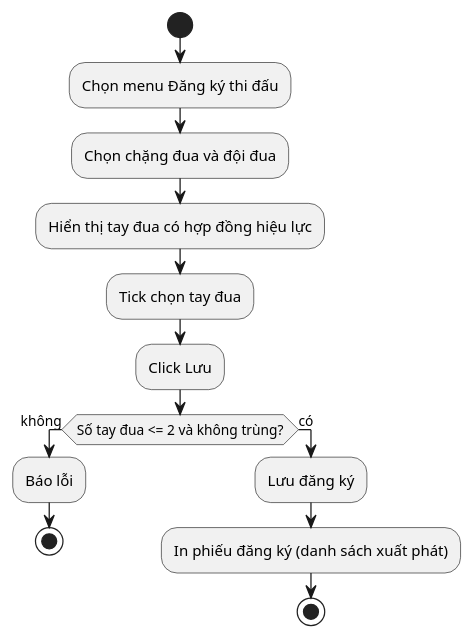
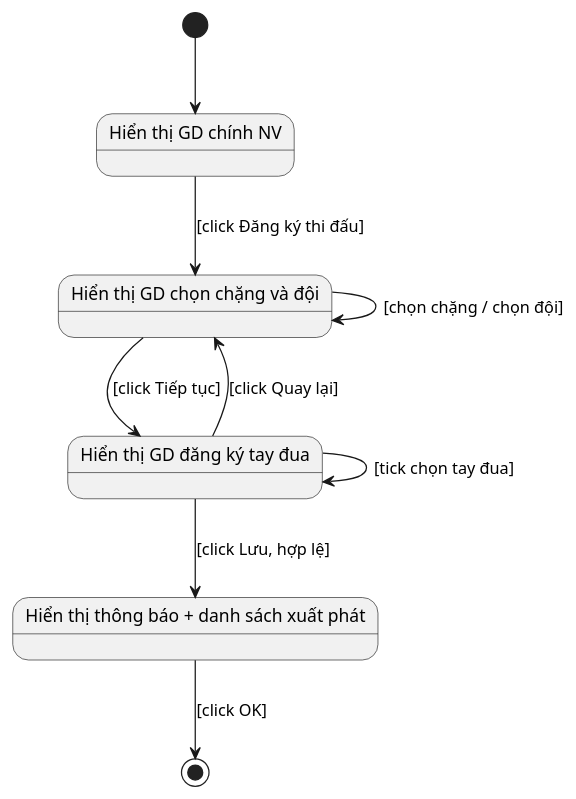
One commit to 7gho/CNPM-He2026 changed the second of 6 diagrams in Module 2 - Kin/noi-dung.md. Above: the diagram before and after it, drawn with PlantUML. The commit also changed other lines of this file and 53 other files, not shown here.

````diff
--- a/Module 2 - Kin/noi-dung.md
+++ b/Module 2 - Kin/noi-dung.md
@@ -58,18 +90,17 @@
 ```plantuml
 @startuml
-start
-:Chọn menu Đăng ký thi đấu;
-:Chọn chặng đua và đội đua;
-:Hiển thị tay đua có hợp đồng hiệu lực;
-:Tick chọn tay đua;
-:Click Lưu;
-if (Số tay đua <= 2 và không trùng?) then (không)
-  :Báo lỗi;
-  stop
-else (có)
-  :Lưu đăng ký;
-  :In phiếu đăng ký (danh sách xuất phát);
-  stop
-endif
+state "Hiển thị GD chính NV" as S0
+state "Hiển thị GD chọn chặng và đội" as S1
+state "Hiển thị GD đăng ký tay đua" as S2
+state "Hiển thị thông báo + danh sách xuất phát" as S3
+
+[*] --> S0
+S0 --> S1 : [click Đăng ký thi đấu]
+S1 --> S1 : [chọn chặng / chọn đội]
+S1 --> S2 : [click Tiếp tục]
+S2 --> S2 : [tick chọn tay đua]
+S2 --> S1 : [click Quay lại]
+S2 --> S3 : [click Lưu, hợp lệ]
+S3 --> [*] : [click OK]
 @enduml
 ```
````
